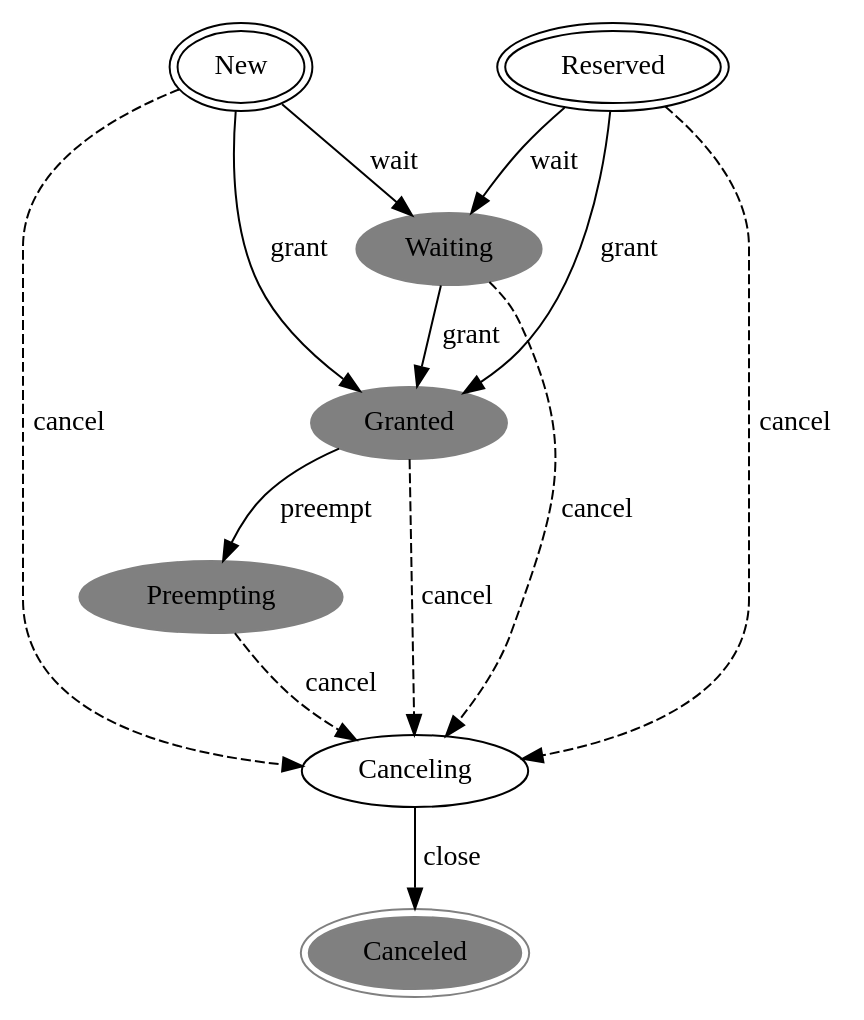
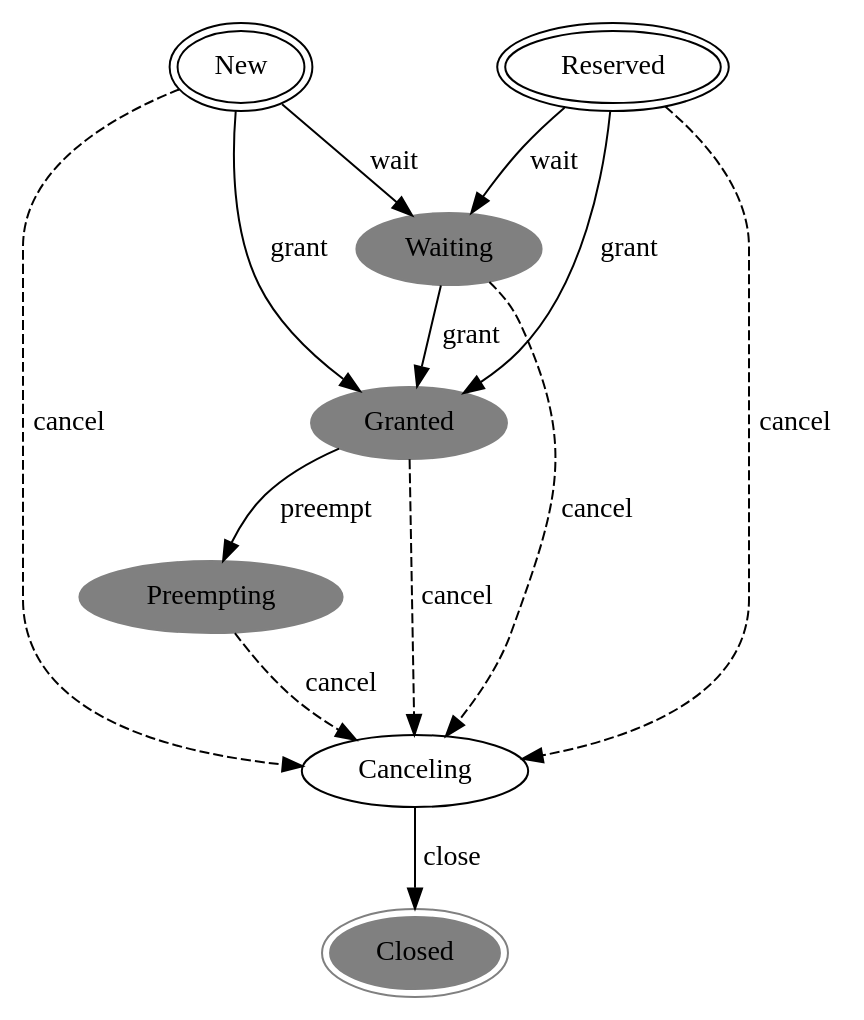
Before and after one commit to utexas-bwi/rocon_scheduler_requests: the diagram in doc/state_transitions.dot, drawn with Graphviz. The commit also changed 4 other files, not shown here.

Commit message:
rename terminal state from CANCELED to CLOSED (#18)

```diff
--- a/doc/state_transitions.dot
+++ b/doc/state_transitions.dot
@@ -1,21 +1,21 @@
 digraph state_transitions {
    New [peripheries=2]
    Reserved [peripheries=2]
    Reserved -> Waiting [label="wait"]
    Reserved -> Granted [label="grant"]
    Reserved -> Canceling [label="cancel", style="dashed"]
    New -> Waiting [label="wait"]
    New -> Granted [label="grant"]
    New -> Canceling [label="cancel", style="dashed"]
    Waiting [style="filled", color="grey"]
    Waiting -> Granted [label="grant"]
    Waiting -> Canceling [label="cancel", style="dashed"]
    Granted [style="filled", color="grey"]
    Granted -> Preempting [label="preempt"]
    Granted -> Canceling [label="cancel", style="dashed"]
    Preempting [style="filled", color="grey"]
    Preempting -> Canceling [label="cancel", style="dashed"]
    Canceling
-   Canceling -> Canceled [label="close"]
-   Canceled [peripheries=2, style="filled", color="grey"]
+   Canceling -> Closed [label="close"]
+   Closed [peripheries=2, style="filled", color="grey"]
 }
```
